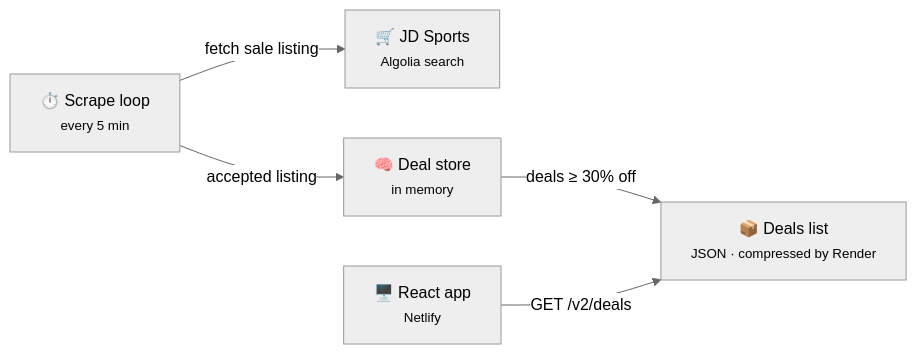
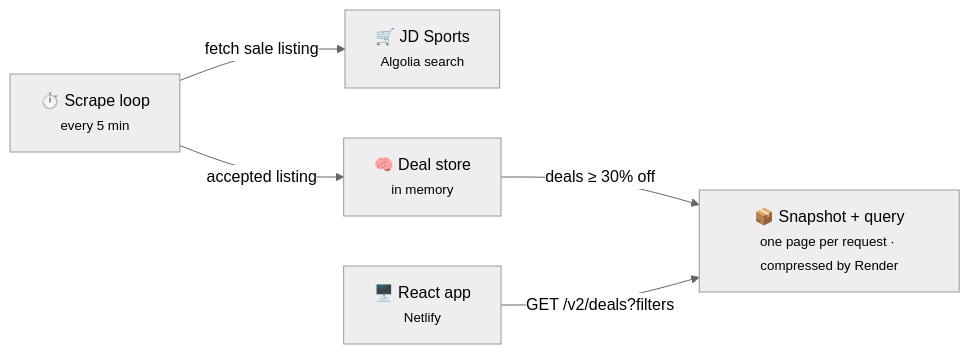
The first of 2 diagrams in README.md (JahanU/bargain-web-scraper), drawn with Mermaid (neutral theme) before and after one commit. The commit also changed other lines of this file and 2 other files, not shown here.

First line of the commit message:
docs: bring the README and API notes in line with /v2/deals

````diff
--- a/README.md
+++ b/README.md
@@ -13,13 +13,13 @@
 ```mermaid
 flowchart LR
     jd["🛒 JD Sports<br/><small>Algolia search</small>"]
     loop["⏱️ Scrape loop<br/><small>every 5 min</small>"]
     store["🧠 Deal store<br/><small>in memory</small>"]
-    response["📦 Deals list<br/><small>JSON · compressed by Render</small>"]
+    response["📦 Snapshot + query<br/><small>one page per request · compressed by Render</small>"]
     app["🖥️ React app<br/><small>Netlify</small>"]
 
     loop -- fetch sale listing --> jd
     loop -- accepted listing --> store
     store -- "deals ≥ 30% off" --> response
-    app -- "GET /v2/deals" --> response
+    app -- "GET /v2/deals?filters" --> response
 ```
````
